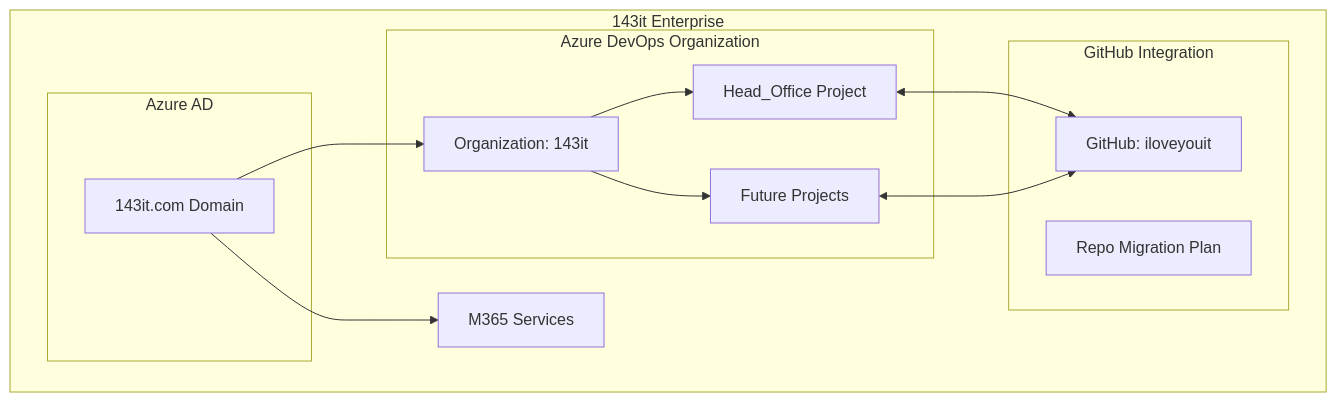
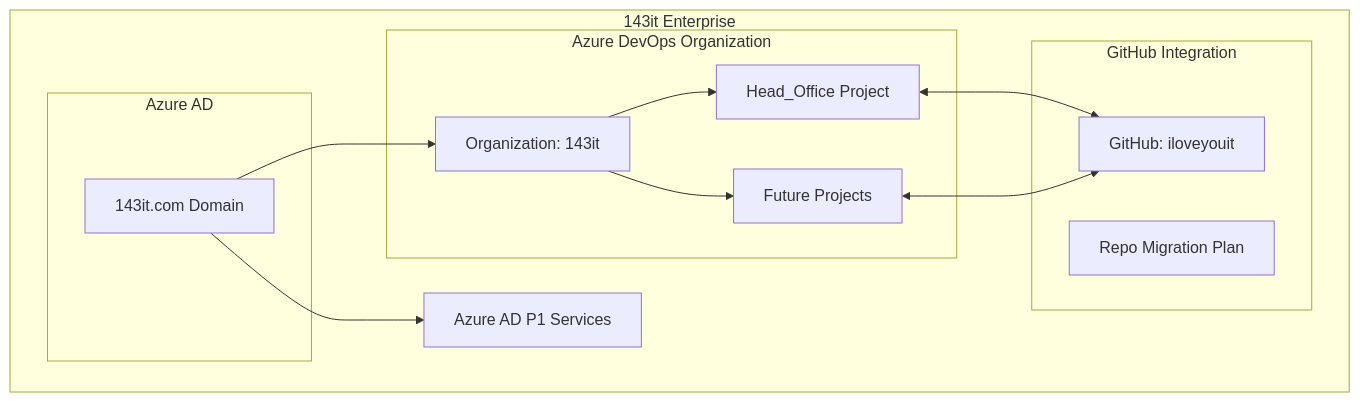
The diagram in azure_devops_architecture_plan.md (iloveyouit/DEVOPS_Enterprise), drawn with Mermaid before and after one commit. The commit also changed other lines of this file and 9 other files, not shown here.

````diff
--- a/azure_devops_architecture_plan.md
+++ b/azure_devops_architecture_plan.md
@@ -15,28 +15,28 @@
 ```mermaid
 graph TB
     subgraph "143it Enterprise"
         subgraph "Azure AD"
             A[143it.com Domain]
         end
 
         subgraph "Azure DevOps Organization"
             B[Organization: 143it]
             C[Head_Office Project]
             D[Future Projects]
         end
 
         subgraph "GitHub Integration"
             E[GitHub: iloveyouit]
             F[Repo Migration Plan]
         end
 
-        G[M365 Services]
+        G[Azure AD P1 Services]
     end
 
     A --> B
     A --> G
     B --> C
     B --> D
     C <--> E
     D <--> E
 ```
````
